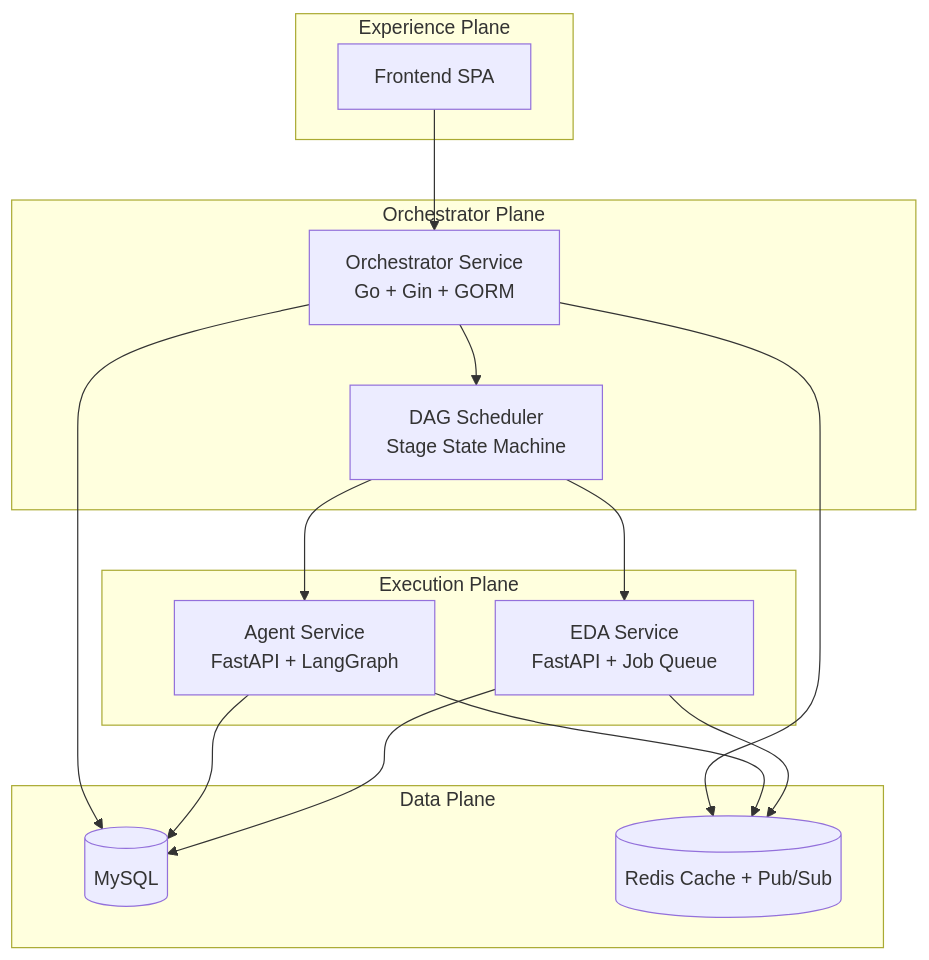
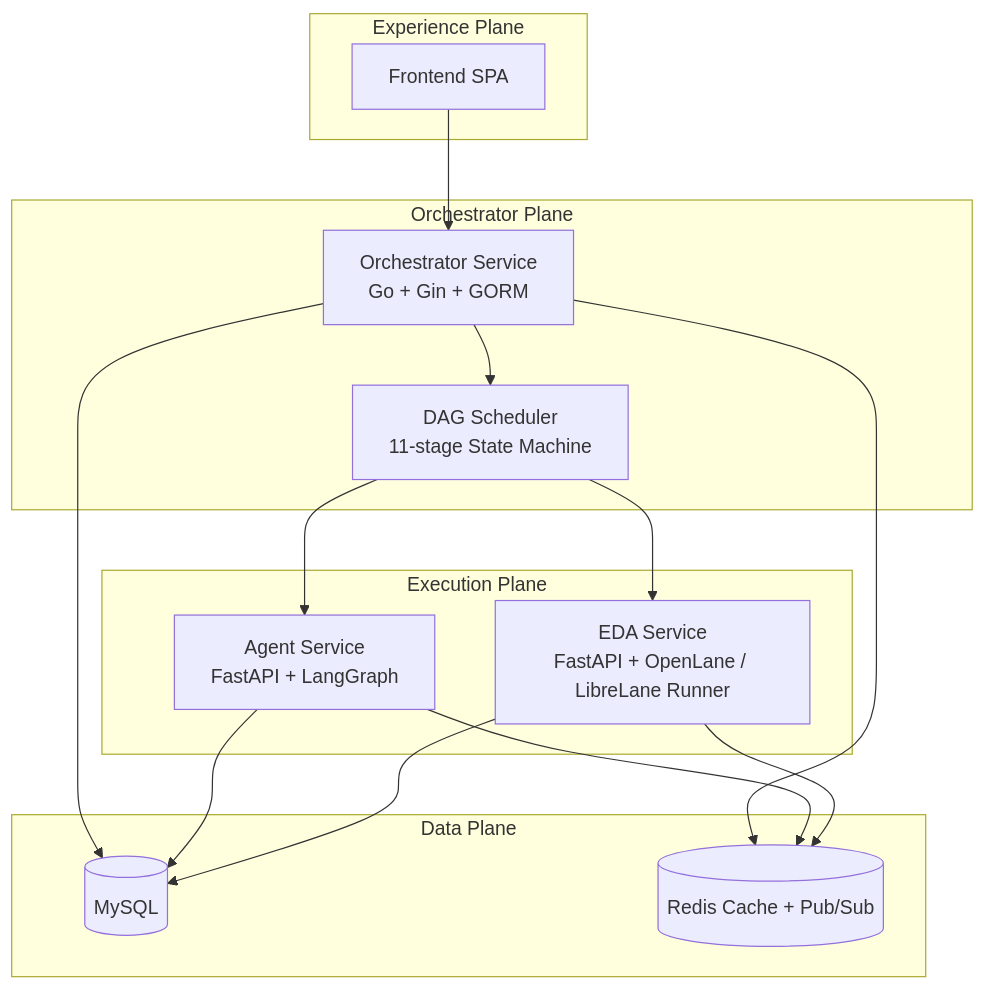
Before and after one commit to radhian/Chip-Orchestra: the first of 2 diagrams in README.md, drawn with Mermaid. The commit also changed other lines of this file, not shown here.

````diff
--- a/README.md
+++ b/README.md
@@ -52,32 +55,32 @@
 ```mermaid
 flowchart TB
     subgraph EXP[Experience Plane]
         SPA[Frontend SPA]
     end
 
     subgraph OP[Orchestrator Plane]
         OPS[Orchestrator Service\nGo + Gin + GORM]
-        DAG[DAG Scheduler\nStage State Machine]
+        DAG[DAG Scheduler\n11-stage State Machine]
     end
 
     subgraph EXEC[Execution Plane]
         AG[Agent Service\nFastAPI + LangGraph]
-        EDA[EDA Service\nFastAPI + Job Queue]
+        EDA[EDA Service\nFastAPI + OpenLane / LibreLane Runner]
     end
 
     subgraph DATA[Data Plane]
         MYSQL[(MySQL)]
         REDIS[(Redis Cache + Pub/Sub)]
     end
 
     SPA --> OPS
     OPS --> DAG
     DAG --> AG
     DAG --> EDA
     OPS --> MYSQL
     OPS --> REDIS
     AG --> MYSQL
     AG --> REDIS
     EDA --> MYSQL
     EDA --> REDIS
 ```
````
